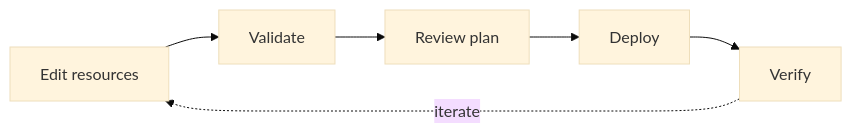
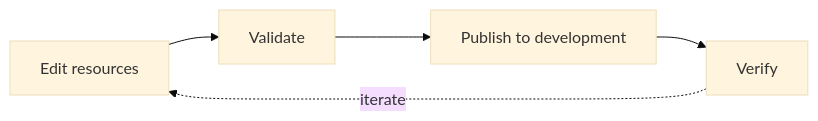
The diagram in docs/articles/start/first-dashboard.md (flidai/leapview), drawn with Mermaid (base theme) before and after one commit. The commit also changed other lines of this file and 15 other files, not shown here.

````diff
--- a/docs/articles/start/first-dashboard.md
+++ b/docs/articles/start/first-dashboard.md
@@ -17,7 +20,7 @@
 ```mermaid
 flowchart LR
   accTitle: Dashboard authoring lifecycle
-  accDescr: Authors edit project resources, validate them, review a deployment plan, deploy the candidate, and verify the active dashboard.
-  edit["Edit resources"] --> validate["Validate"] --> plan["Review plan"] --> deploy["Deploy"] --> verify["Verify"]
+  accDescr: Authors edit project resources, validate them, publish to the managed development target, and verify the active dashboard.
+  edit["Edit resources"] --> validate["Validate"] --> deploy["Publish to development"] --> verify["Verify"]
   verify -. "iterate" .-> edit
 ```
````
